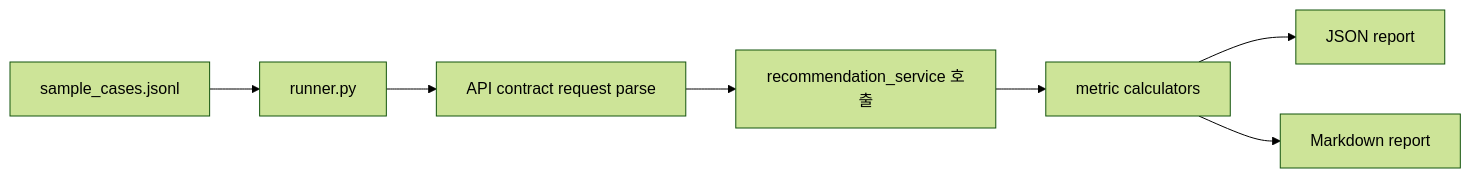
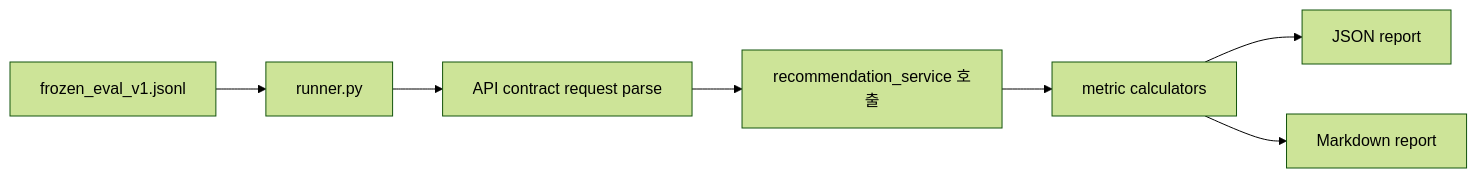
One commit to yeohj0710/wellnessbox-rnd changed the diagram in docs/02_eval/03_eval_execution_guide.md. Above: the diagram before and after it, drawn with Mermaid (forest theme). The commit also changed other lines of this file and 17 other files, not shown here.

````diff
--- a/docs/02_eval/03_eval_execution_guide.md
+++ b/docs/02_eval/03_eval_execution_guide.md
@@ -12,9 +12,9 @@
 ```mermaid
 flowchart LR
-    A[sample_cases.jsonl] --> B[runner.py]
+    A[frozen_eval_v1.jsonl] --> B[runner.py]
     B --> C[API contract request parse]
     C --> D[recommendation_service 호출]
     D --> E[metric calculators]
     E --> F[JSON report]
     E --> G[Markdown report]
 ```
````
